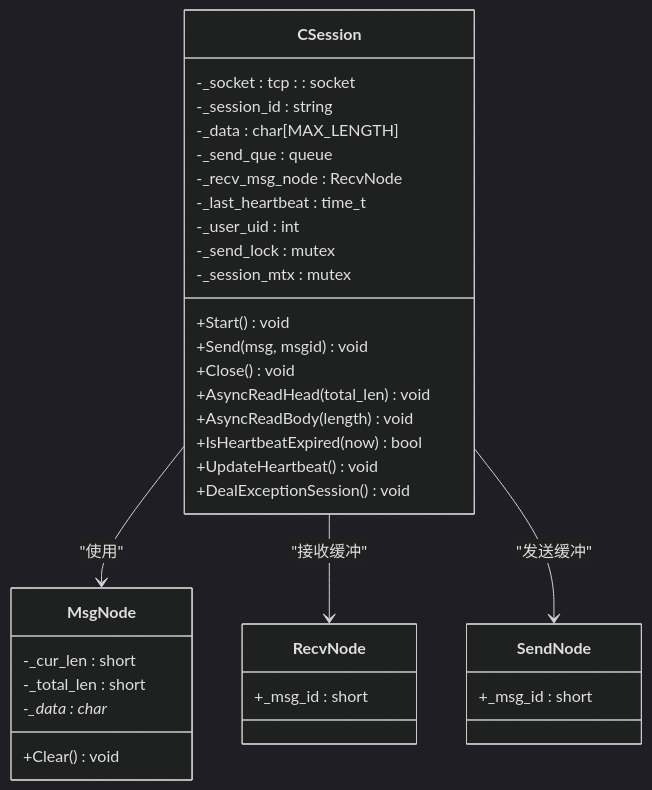
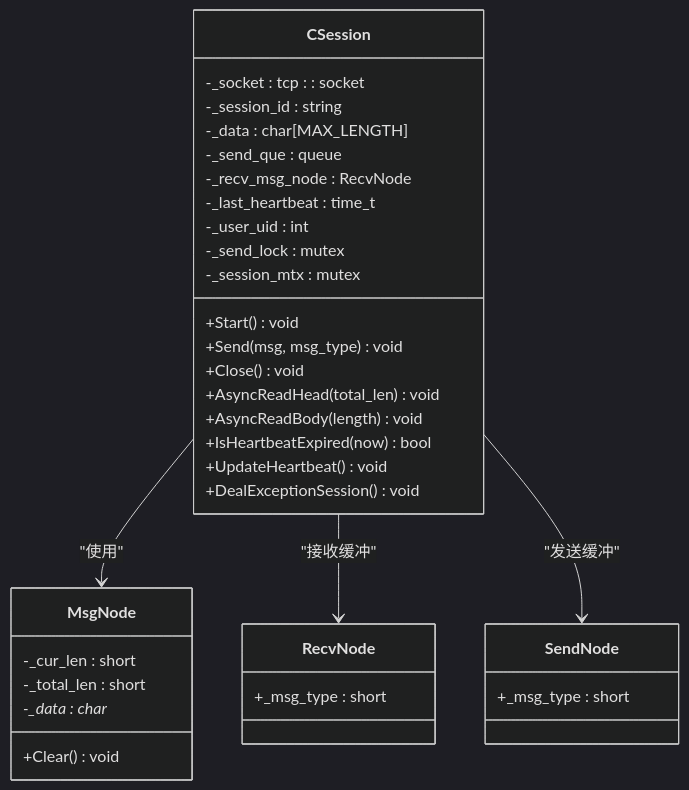
Before and after one commit to echo9923/mychatter: the seventh of 8 diagrams in .qoder/repowiki/zh/content/性能优化/网络通信优化/连接池管理.md, drawn with Mermaid (dark theme). The commit also changed other lines of this file and 128 other files, not shown here.

First line of the commit message:
refactor(protocol): TCP 帧头消息类型 msg_id 全局改名为 msg_type

````diff
--- a/.qoder/repowiki/zh/content/性能优化/网络通信优化/连接池管理.md
+++ b/.qoder/repowiki/zh/content/性能优化/网络通信优化/连接池管理.md
@@ -364,37 +364,37 @@
 ```mermaid
 classDiagram
 class CSession {
 +Start() void
-+Send(msg, msgid) void
++Send(msg, msg_type) void
 +Close() void
 +AsyncReadHead(total_len) void
 +AsyncReadBody(length) void
 +IsHeartbeatExpired(now) bool
 +UpdateHeartbeat() void
 +DealExceptionSession() void
 -_socket : tcp : : socket
 -_session_id : string
 -_data : char[MAX_LENGTH]
 -_send_que : queue<SendNode>
 -_recv_msg_node : RecvNode
 -_last_heartbeat : time_t
 -_user_uid : int
 -_send_lock : mutex
 -_session_mtx : mutex
 }
 class MsgNode {
 +Clear() void
 -_cur_len : short
 -_total_len : short
 -_data : char*
 }
 class RecvNode {
-+_msg_id : short
++_msg_type : short
 }
 class SendNode {
-+_msg_id : short
++_msg_type : short
 }
 CSession --> MsgNode : "使用"
 CSession --> RecvNode : "接收缓冲"
 CSession --> SendNode : "发送缓冲"
 ```
````
